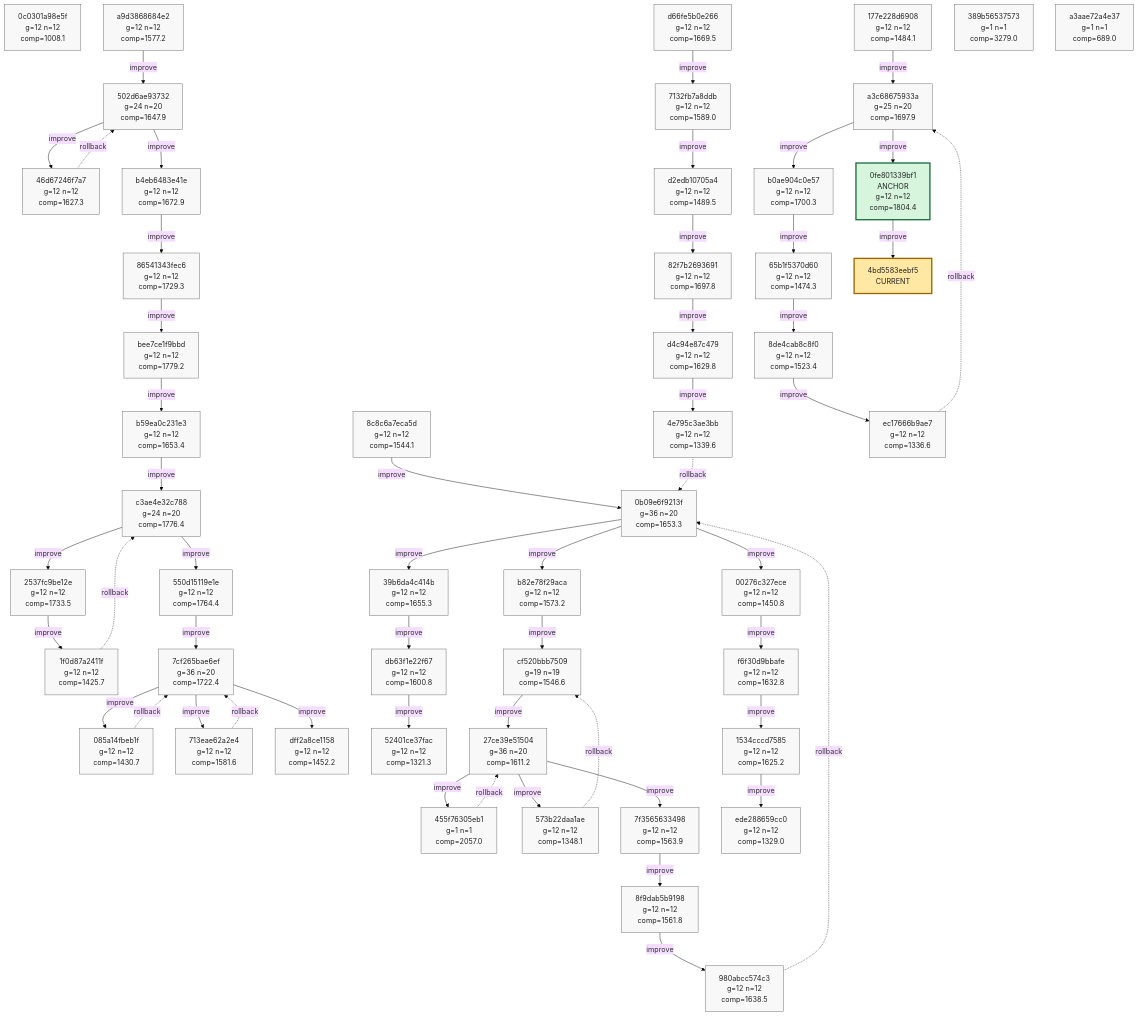
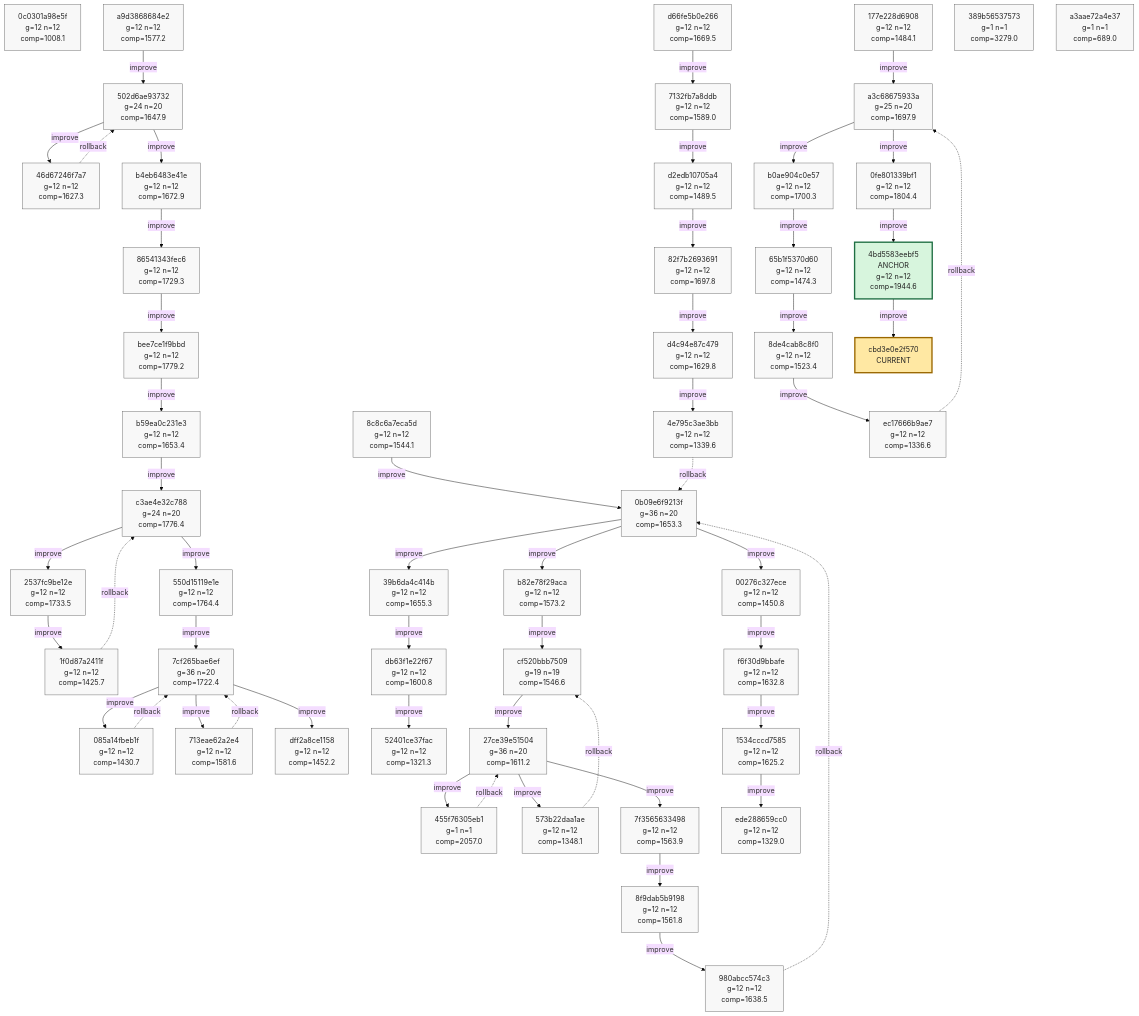
The tenth of 10 diagrams in phyrogenetic-tree.md (azumag/soviet_now), drawn with Mermaid (base theme) before and after one commit. The commit also changed other lines of this file and 2 other files, not shown here.

Commit message:
eloop Improve after 12 games (scores: 3546 1887 2351 1242 2374 1614 2429 1695 1786 2192 1873 3582)

````diff
--- a/phyrogenetic-tree.md
+++ b/phyrogenetic-tree.md
@@ -2583,10 +2581,11 @@
     h_65b1f5370d60["65b1f5370d60<br/>g=12 n=12<br/>comp=1474.3"]
     h_8de4cab8c8f0["8de4cab8c8f0<br/>g=12 n=12<br/>comp=1523.4"]
     h_ec17666b9ae7["ec17666b9ae7<br/>g=12 n=12<br/>comp=1336.6"]
-    h_0fe801339bf1["0fe801339bf1<br/>ANCHOR<br/>g=12 n=12<br/>comp=1804.4"]
+    h_0fe801339bf1["0fe801339bf1<br/>g=12 n=12<br/>comp=1804.4"]
+    h_4bd5583eebf5["4bd5583eebf5<br/>ANCHOR<br/>g=12 n=12<br/>comp=1944.6"]
     h_389b56537573["389b56537573<br/>g=1 n=1<br/>comp=3279.0"]
     h_a3aae72a4e37["a3aae72a4e37<br/>g=1 n=1<br/>comp=689.0"]
-    h_4bd5583eebf5["4bd5583eebf5<br/>CURRENT"]
+    h_cbd3e0e2f570["cbd3e0e2f570<br/>CURRENT"]
 
     h_a9d3868684e2 -->|improve| h_502d6ae93732
     h_502d6ae93732 -->|improve| h_46d67246f7a7
@@ -2639,6 +2638,7 @@
     h_ec17666b9ae7 -. rollback .-> h_a3c68675933a
     h_a3c68675933a -->|improve| h_0fe801339bf1
     h_0fe801339bf1 -->|improve| h_4bd5583eebf5
+    h_4bd5583eebf5 -->|improve| h_cbd3e0e2f570
 
     classDef plain fill:#f8f8f8,stroke:#666,stroke-width:1px,color:#222;
     classDef current fill:#ffe8a3,stroke:#9a6700,stroke-width:3px,color:#222;
@@ -2690,8 +2690,9 @@
     class h_65b1f5370d60 plain;
     class h_8de4cab8c8f0 plain;
     class h_ec17666b9ae7 plain;
-    class h_0fe801339bf1 anchor;
+    class h_0fe801339bf1 plain;
+    class h_4bd5583eebf5 anchor;
     class h_389b56537573 plain;
     class h_a3aae72a4e37 plain;
-    class h_4bd5583eebf5 current;
+    class h_cbd3e0e2f570 current;
 ```
````
